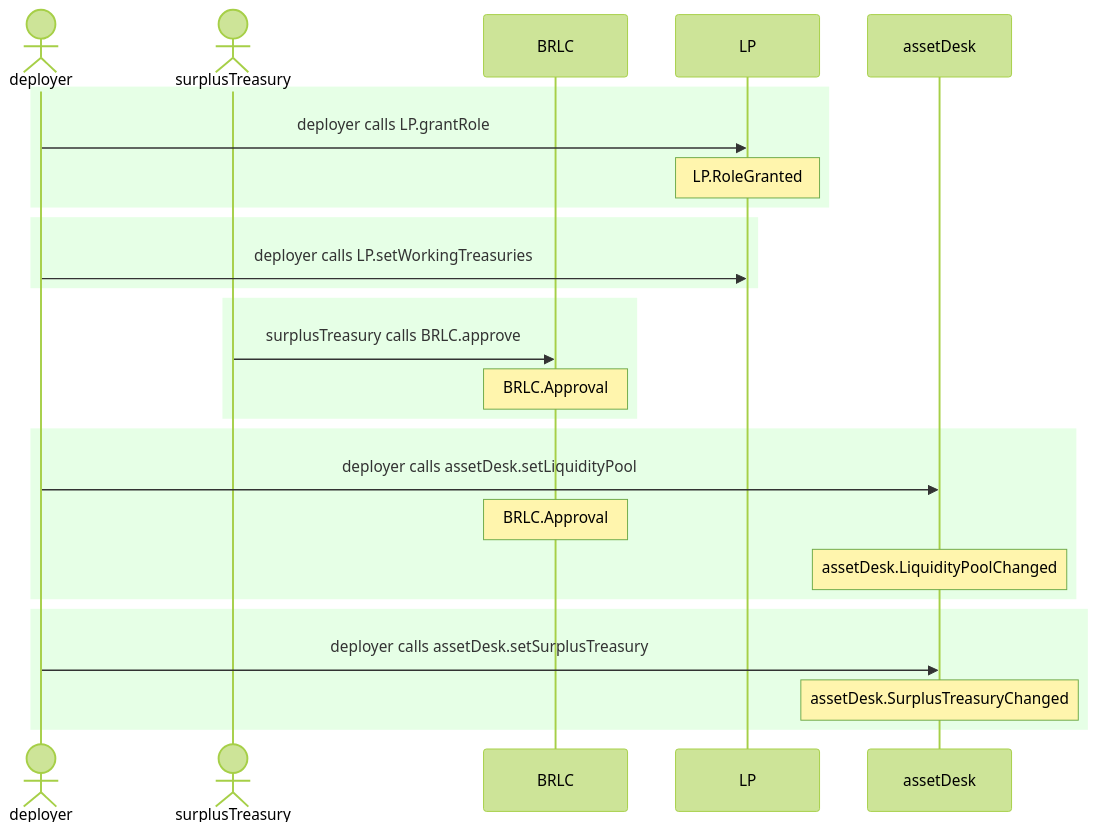
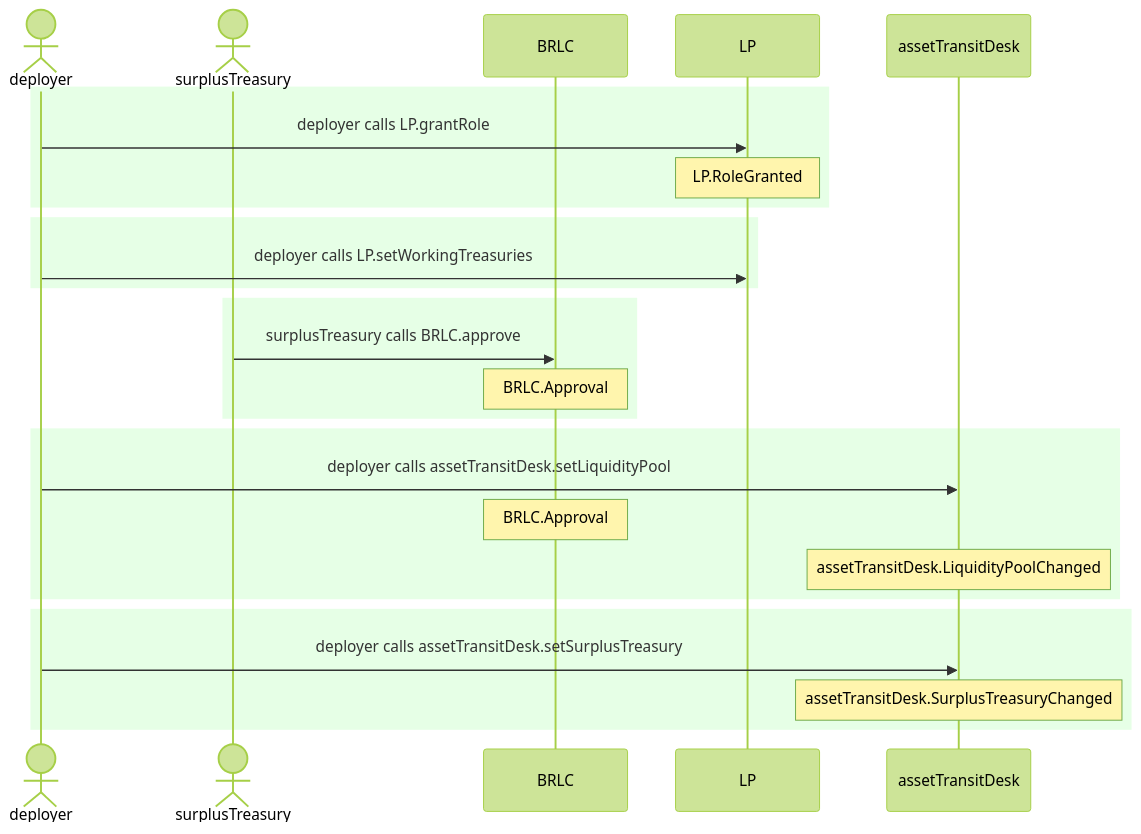
One commit to cloudwalk/brlc-asset-transit-desk changed the second of 2 diagrams in test/__snapshots__humans__/AssetTransitDesk.test.md. Above: the diagram before and after it, drawn with Mermaid (forest theme). The commit also changed other lines of this file and 3 other files, not shown here.

````diff
--- a/test/__snapshots__humans__/AssetTransitDesk.test.md
+++ b/test/__snapshots__humans__/AssetTransitDesk.test.md
@@ -121,28 +121,28 @@
 ```mermaid
 sequenceDiagram
   actor deployer
   actor surplusTreasury
   participant BRLC
   participant LP
-  participant assetDesk
+  participant assetTransitDesk
   rect rgb(230,255,230)
     deployer->>LP: deployer calls LP.grantRole
     Note over LP: LP.RoleGranted
   end
   rect rgb(230,255,230)
     deployer->>LP: deployer calls LP.setWorkingTreasuries
   end
   rect rgb(230,255,230)
     surplusTreasury->>BRLC: surplusTreasury calls BRLC.approve
     Note over BRLC: BRLC.Approval
   end
   rect rgb(230,255,230)
-    deployer->>assetDesk: deployer calls assetDesk.setLiquidityPool
+    deployer->>assetTransitDesk: deployer calls assetTransitDesk.setLiquidityPool
     Note over BRLC: BRLC.Approval
-    Note over assetDesk: assetDesk.LiquidityPoolChanged
+    Note over assetTransitDesk: assetTransitDesk.LiquidityPoolChanged
   end
   rect rgb(230,255,230)
-    deployer->>assetDesk: deployer calls assetDesk.setSurplusTreasury
-    Note over assetDesk: assetDesk.SurplusTreasuryChanged
+    deployer->>assetTransitDesk: deployer calls assetTransitDesk.setSurplusTreasury
+    Note over assetTransitDesk: assetTransitDesk.SurplusTreasuryChanged
   end
 ```
````
